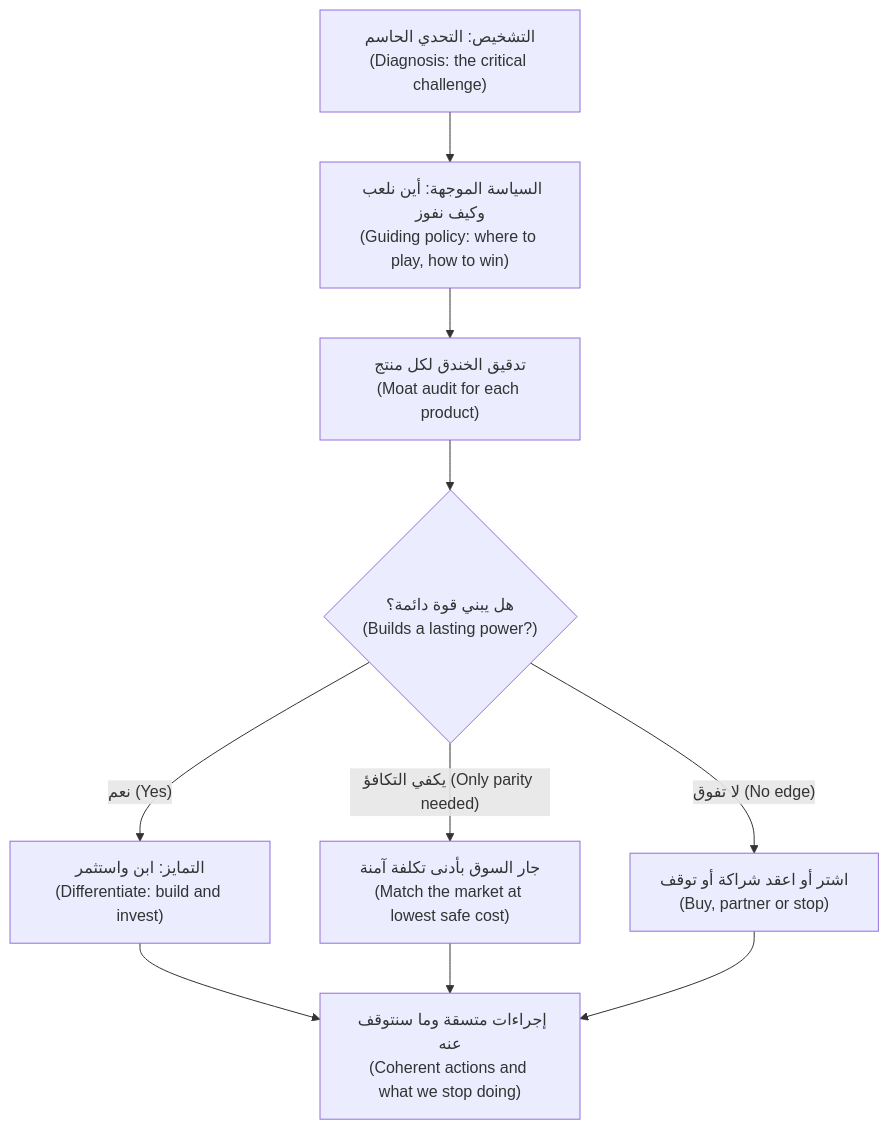
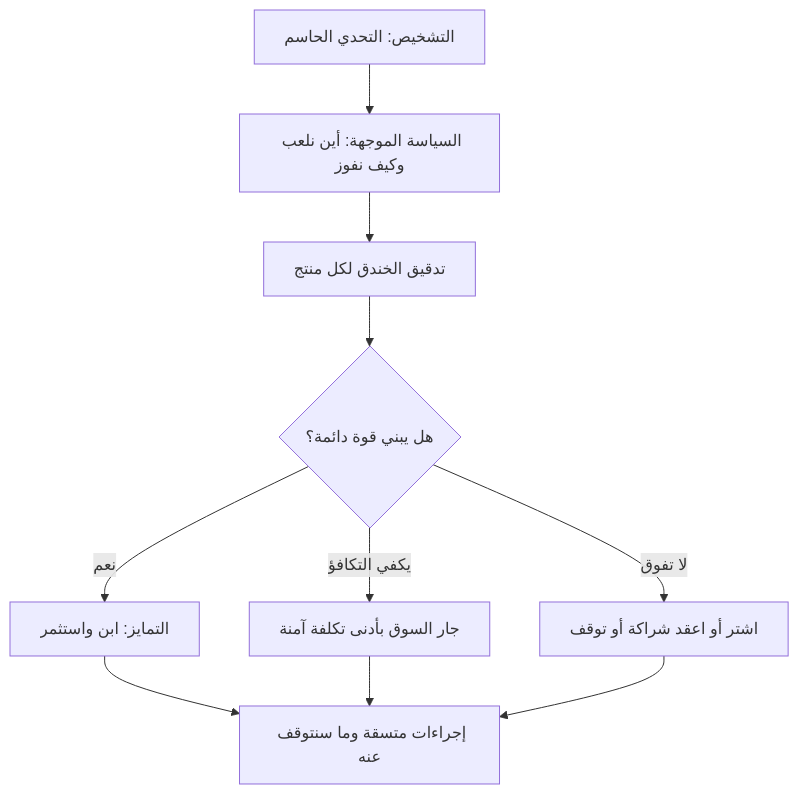
One commit to Tamoura/system-design-for-vibe-coders changed the first of 4 diagrams in aipm/modules/09-strategy.ar.md. Above: the diagram before and after it, drawn with Mermaid. The commit also changed other lines of this file and 551 other files, not shown here.

````diff
--- a/aipm/modules/09-strategy.ar.md
+++ b/aipm/modules/09-strategy.ar.md
@@ -98,12 +98,12 @@
 ```mermaid
 flowchart TD
-    A["التشخيص: التحدي الحاسم<br/>(Diagnosis: the critical challenge)"] --> B["السياسة الموجهة: أين نلعب وكيف نفوز<br/>(Guiding policy: where to play, how to win)"]
-    B --> C["تدقيق الخندق لكل منتج<br/>(Moat audit for each product)"]
-    C --> D{"هل يبني قوة دائمة؟<br/>(Builds a lasting power?)"}
-    D -- "نعم (Yes)" --> E["التمايز: ابن واستثمر<br/>(Differentiate: build and invest)"]
-    D -- "يكفي التكافؤ (Only parity needed)" --> F["جار السوق بأدنى تكلفة آمنة<br/>(Match the market at lowest safe cost)"]
-    D -- "لا تفوق (No edge)" --> G["اشتر أو اعقد شراكة أو توقف<br/>(Buy, partner or stop)"]
-    E --> H["إجراءات متسقة وما سنتوقف عنه<br/>(Coherent actions and what we stop doing)"]
+    A["التشخيص: التحدي الحاسم"] --> B["السياسة الموجهة: أين نلعب وكيف نفوز"]
+    B --> C["تدقيق الخندق لكل منتج"]
+    C --> D{"هل يبني قوة دائمة؟"}
+    D -- "نعم" --> E["التمايز: ابن واستثمر"]
+    D -- "يكفي التكافؤ" --> F["جار السوق بأدنى تكلفة آمنة"]
+    D -- "لا تفوق" --> G["اشتر أو اعقد شراكة أو توقف"]
+    E --> H["إجراءات متسقة وما سنتوقف عنه"]
     F --> H
     G --> H
 ```
````
